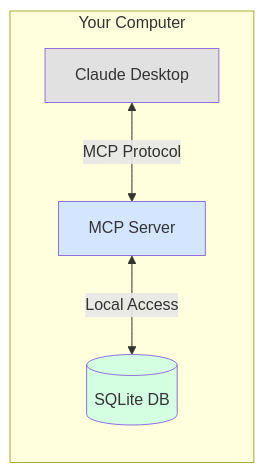
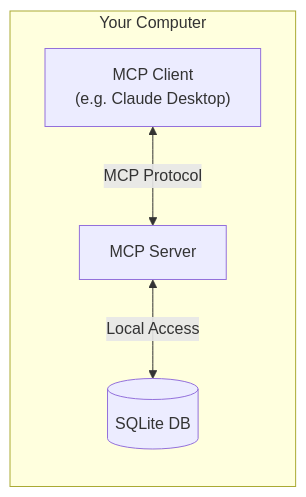
One commit to zcstarr/modelcontextprotocol changed the first of 2 diagrams in docs/guides/quickstart.mdx. Above: the diagram before and after it, drawn with Mermaid. The commit also changed other lines of this file, not shown here.

````diff
--- a/docs/guides/quickstart.mdx
+++ b/docs/guides/quickstart.mdx
@@ -22,15 +26,11 @@
 ```mermaid
 flowchart LR
     subgraph "Your Computer"
-        CD[Claude Desktop]
+        Client["MCP Client\n(e.g. Claude Desktop)"]
         MCP[MCP Server]
         DB[(SQLite DB)]
         
-        CD <-->|MCP Protocol| MCP
+        Client <-->|MCP Protocol| MCP
         MCP <-->|Local Access| DB
     end
-    
-    style CD fill:#e1e1e1
-    style MCP fill:#d4e6ff
-    style DB fill:#d4ffe1
 ```
````
